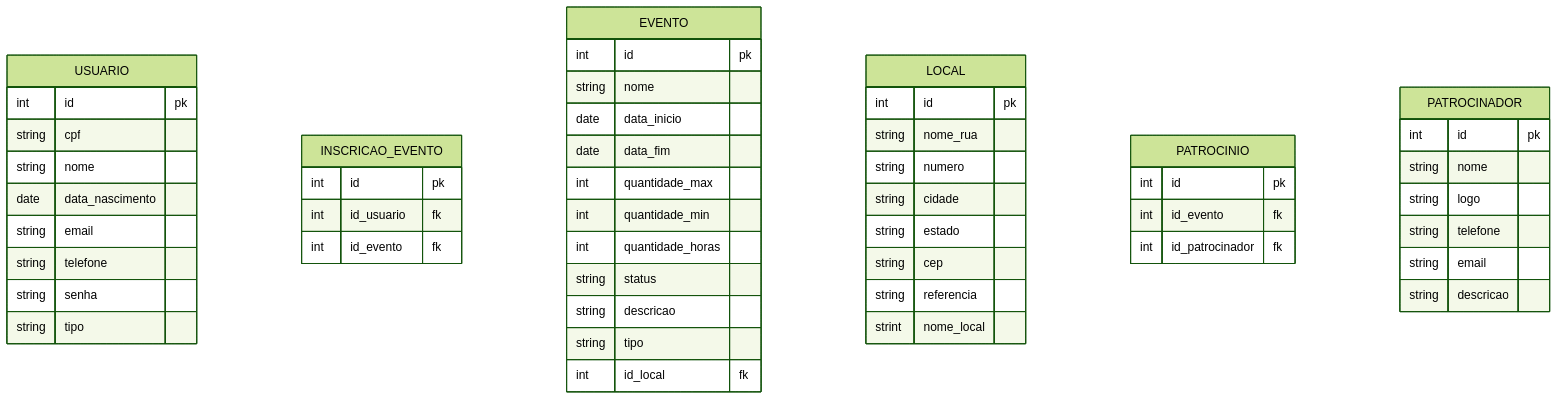
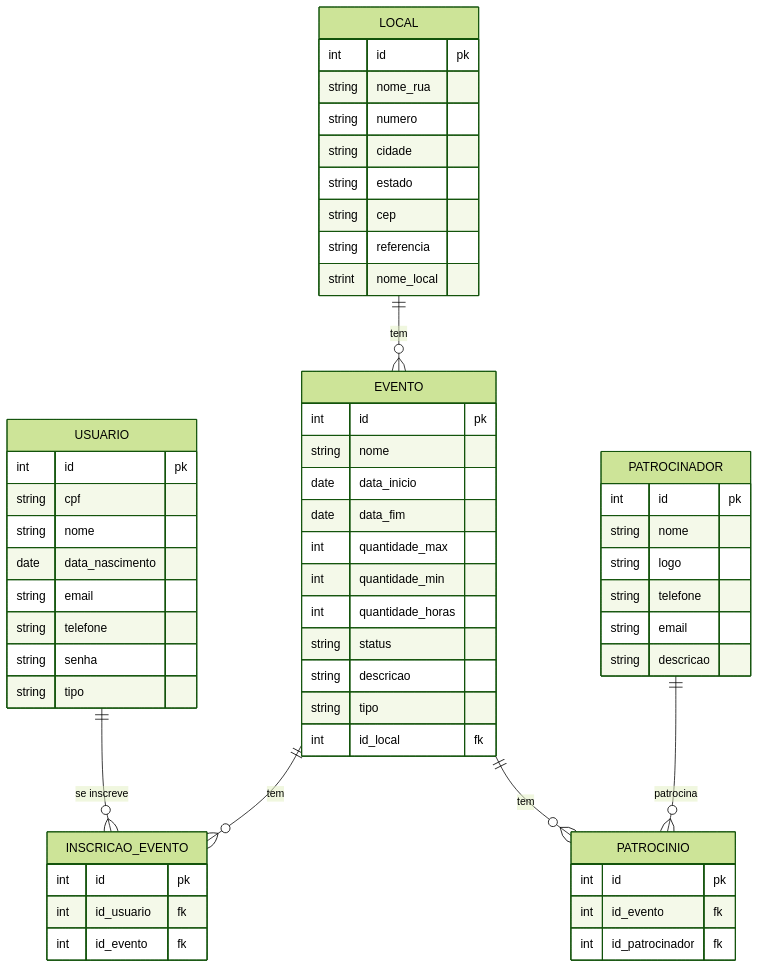
The diagram in docs/doc-visao.md (tallysdev/eventSync), drawn with Mermaid (forest theme) before and after one commit.

Commit message:
docs: add relacionamentos no modelo ER #32

````diff
--- a/docs/doc-visao.md
+++ b/docs/doc-visao.md
@@ -115,60 +115,69 @@
 ```mermaid
 erDiagram
     USUARIO {
         int id pk
         string cpf
         string nome
         date data_nascimento
         string email
         string telefone
         string senha
         string tipo
     }
 
     INSCRICAO_EVENTO {
         int id pk
         int id_usuario fk
         int id_evento fk
     }
 
     EVENTO {
         int id pk
         string nome
         date data_inicio
         date data_fim
         int quantidade_max
         int quantidade_min
         int quantidade_horas
         string status
         string descricao
         string tipo
         int id_local fk
     }
 
     LOCAL {
         int id pk
         string nome_rua
         string numero
         string cidade
         string estado
         string cep
         string referencia
         strint nome_local
     }
 
     PATROCINIO {
         int id pk
         int id_evento fk
         int id_patrocinador fk
     }
 
     PATROCINADOR {
         int id pk
         string nome
         string logo
         string telefone
         string email
         string descricao
     }
 
+    USUARIO ||--o{ INSCRICAO_EVENTO : "se inscreve"
+
+    EVENTO ||--o{ INSCRICAO_EVENTO : "tem"
+
+    LOCAL ||--o{ EVENTO : "tem"
+
+    EVENTO ||--o{ PATROCINIO : "tem"
+
+    PATROCINADOR ||--o{ PATROCINIO : "patrocina"
 ```
````
